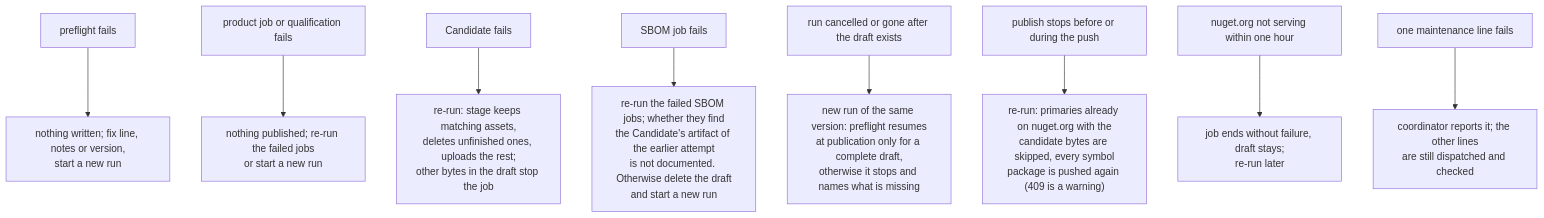
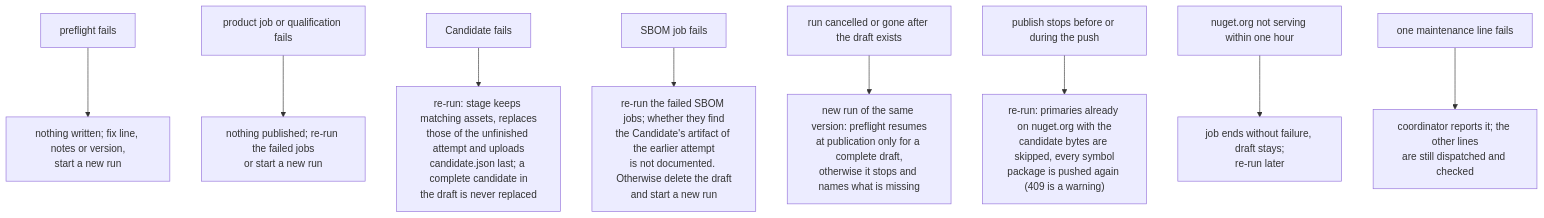
Diagram 16 of 19 in docs/overview.md (doka-labs/workflows), drawn with Mermaid before and after one commit. The commit also changed other lines of this file and 25 other files, not shown here.

````diff
--- a/docs/overview.md
+++ b/docs/overview.md
@@ -396,11 +397,11 @@
 ```mermaid
 flowchart TB
   f1["preflight fails"] --> x1["nothing written; fix line, notes or version,<br/>start a new run"]
   f2["product job or qualification fails"] --> x2["nothing published; re-run the failed jobs<br/>or start a new run"]
-  f3["Candidate fails"] --> x3["re-run: stage keeps matching assets,<br/>deletes unfinished ones, uploads the rest;<br/>other bytes in the draft stop the job"]
+  f3["Candidate fails"] --> x3["re-run: stage keeps matching assets, replaces<br/>those of the unfinished attempt and uploads<br/>candidate.json last; a complete candidate in<br/>the draft is never replaced"]
   f4["SBOM job fails"] --> x4["re-run the failed SBOM jobs; whether they find<br/>the Candidate's artifact of the earlier attempt<br/>is not documented. Otherwise delete the draft<br/>and start a new run"]
   f5["run cancelled or gone after the draft exists"] --> x5["new run of the same version: preflight resumes<br/>at publication only for a complete draft,<br/>otherwise it stops and names what is missing"]
   f6["publish stops before or during the push"] --> x6["re-run: primaries already on nuget.org with the<br/>candidate bytes are skipped, every symbol<br/>package is pushed again (409 is a warning)"]
   f7["nuget.org not serving within one hour"] --> x7["job ends without failure, draft stays;<br/>re-run later"]
   f8["one maintenance line fails"] --> x8["coordinator reports it; the other lines<br/>are still dispatched and checked"]
 ```
````
